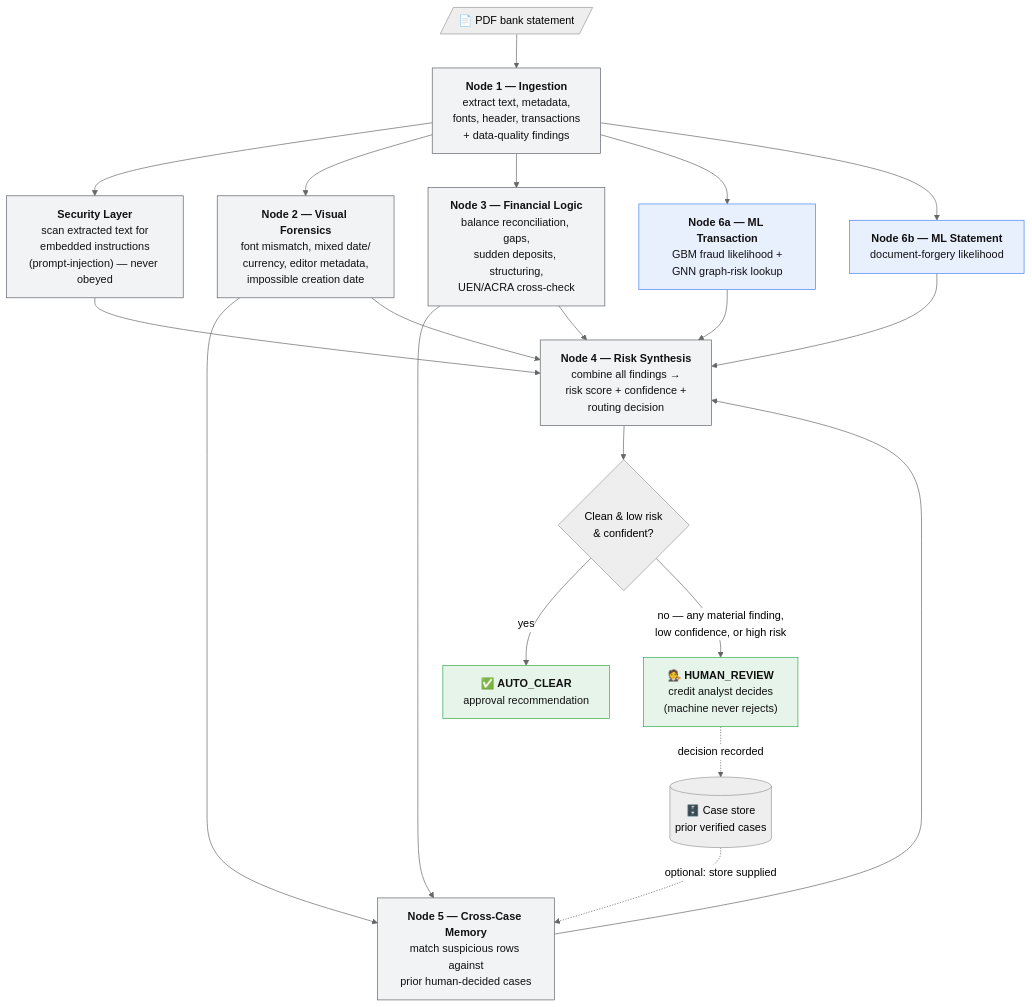
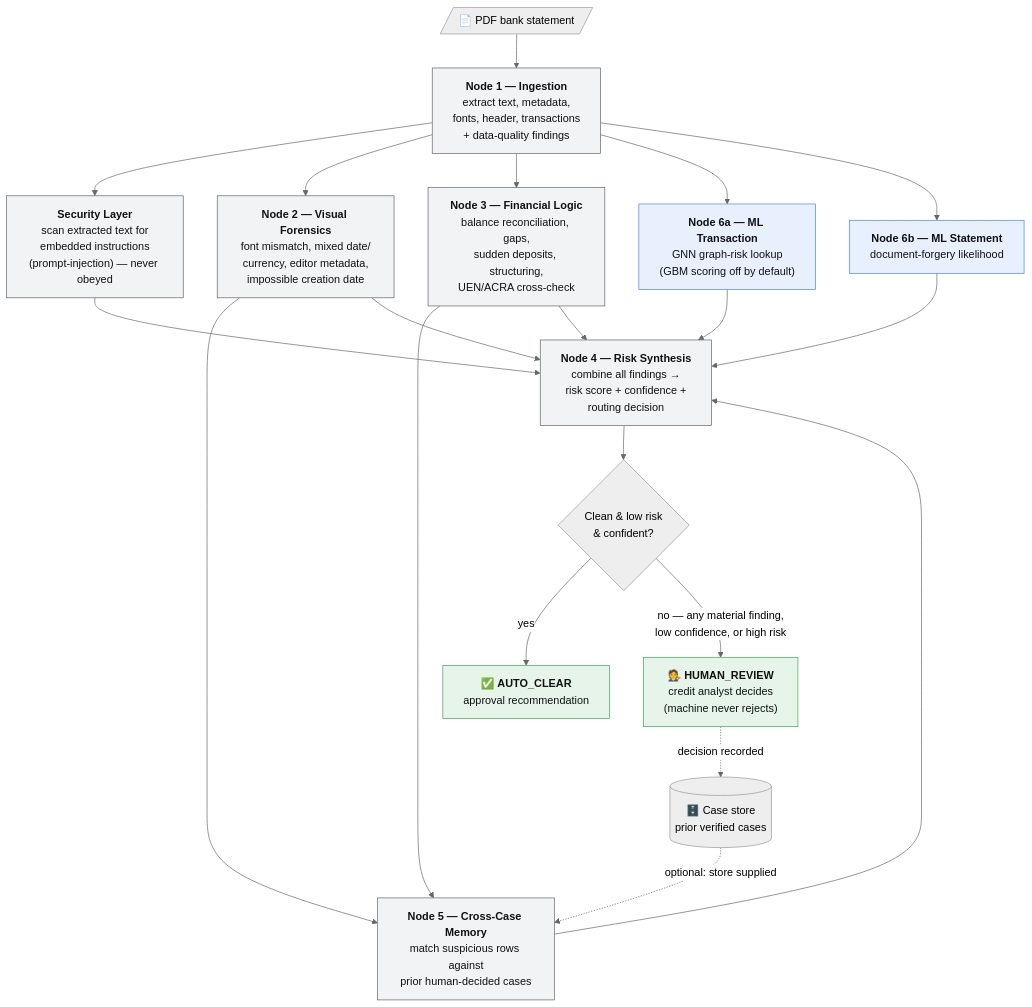
The diagram in WORKFLOW.md (elline-c/AI-in-finance-), drawn with Mermaid (neutral theme) before and after one commit. The commit also changed other lines of this file and 7 other files, not shown here.

First line of the commit message:
Switch the transaction-scoring model off in the live app

````diff
--- a/WORKFLOW.md
+++ b/WORKFLOW.md
@@ -10,45 +10,45 @@
 ```mermaid
 flowchart TD
     PDF[/"📄 PDF bank statement"/] --> N1
 
     N1["<b>Node 1 — Ingestion</b><br/>extract text, metadata,<br/>fonts, header, transactions<br/>+ data-quality findings"]
 
     N1 --> SEC["<b>Security Layer</b><br/>scan extracted text for<br/>embedded instructions<br/>(prompt-injection) — never obeyed"]
 
     %% Independent detection agents all consume the ingestion result
     N1 --> N2["<b>Node 2 — Visual Forensics</b><br/>font mismatch, mixed date/<br/>currency, editor metadata,<br/>impossible creation date"]
     N1 --> N3["<b>Node 3 — Financial Logic</b><br/>balance reconciliation, gaps,<br/>sudden deposits, structuring,<br/>UEN/ACRA cross-check"]
 
-    %% ML agents — now active: models are loaded at startup and run every screening
-    N1 --> N6A["<b>Node 6a — ML Transaction</b><br/>GBM fraud likelihood +<br/>GNN graph-risk lookup"]
+    %% ML agents: loaded at startup; 6a's transaction scoring is off by default
+    N1 --> N6A["<b>Node 6a — ML Transaction</b><br/>GNN graph-risk lookup<br/>(GBM scoring off by default)"]
     N1 --> N6B["<b>Node 6b — ML Statement</b><br/>document-forgery likelihood"]
 
     %% Node 5 memory depends on prior case store + this run's suspicious rows
     N2 --> N5
     N3 --> N5
     STORE[("🗄️ Case store<br/>prior verified cases")] -.optional: store supplied.-> N5["<b>Node 5 — Cross-Case Memory</b><br/>match suspicious rows against<br/>prior human-decided cases"]
 
     %% Everyone's findings flow into synthesis
     SEC --> N4
     N2 --> N4
     N3 --> N4
     N6A --> N4
     N6B --> N4
     N5 --> N4
 
     N4["<b>Node 4 — Risk Synthesis</b><br/>combine all findings →<br/>risk score + confidence +<br/>routing decision"]
 
     N4 --> DECISION{"Clean & low risk<br/>& confident?"}
     DECISION -->|yes| AUTO["✅ <b>AUTO_CLEAR</b><br/>approval recommendation"]
     DECISION -->|"no — any material finding,<br/>low confidence, or high risk"| HUMAN["🧑‍⚖️ <b>HUMAN_REVIEW</b><br/>credit analyst decides<br/>(machine never rejects)"]
 
     %% Human decision feeds back into the memory store
     HUMAN -.decision recorded.-> STORE
 
     classDef ml fill:#e8f0fe,stroke:#4285f4,color:#111;
     classDef core fill:#f1f3f4,stroke:#5f6368,color:#111;
     classDef outcome fill:#e6f4ea,stroke:#34a853,color:#111;
     class N6A,N6B ml;
     class N1,N2,N3,N4,N5,SEC core;
     class AUTO,HUMAN outcome;
 ```
````
